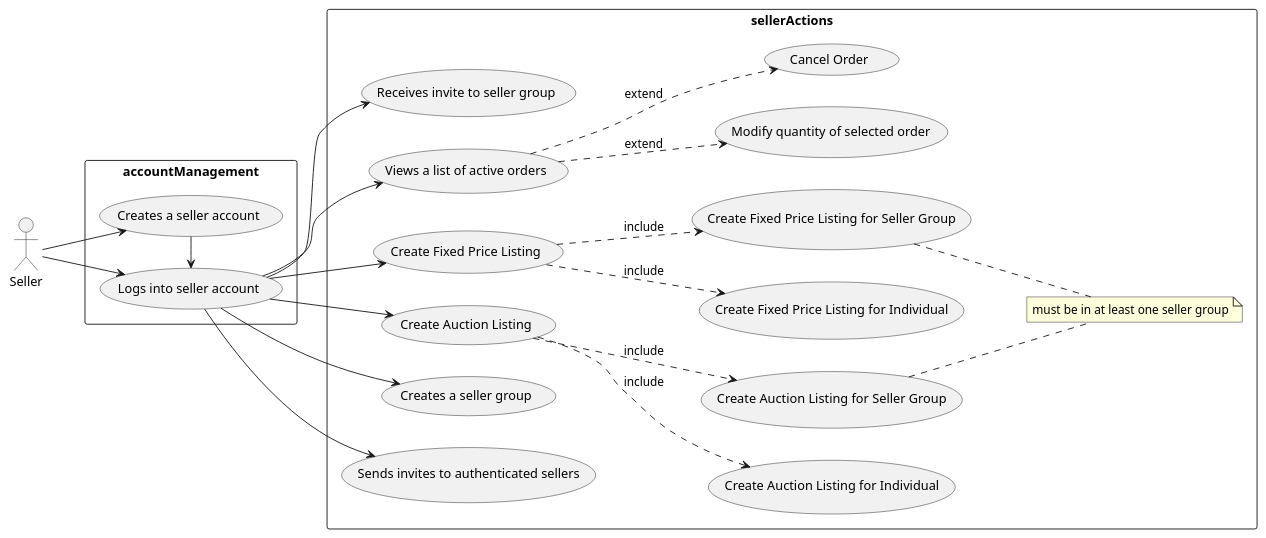
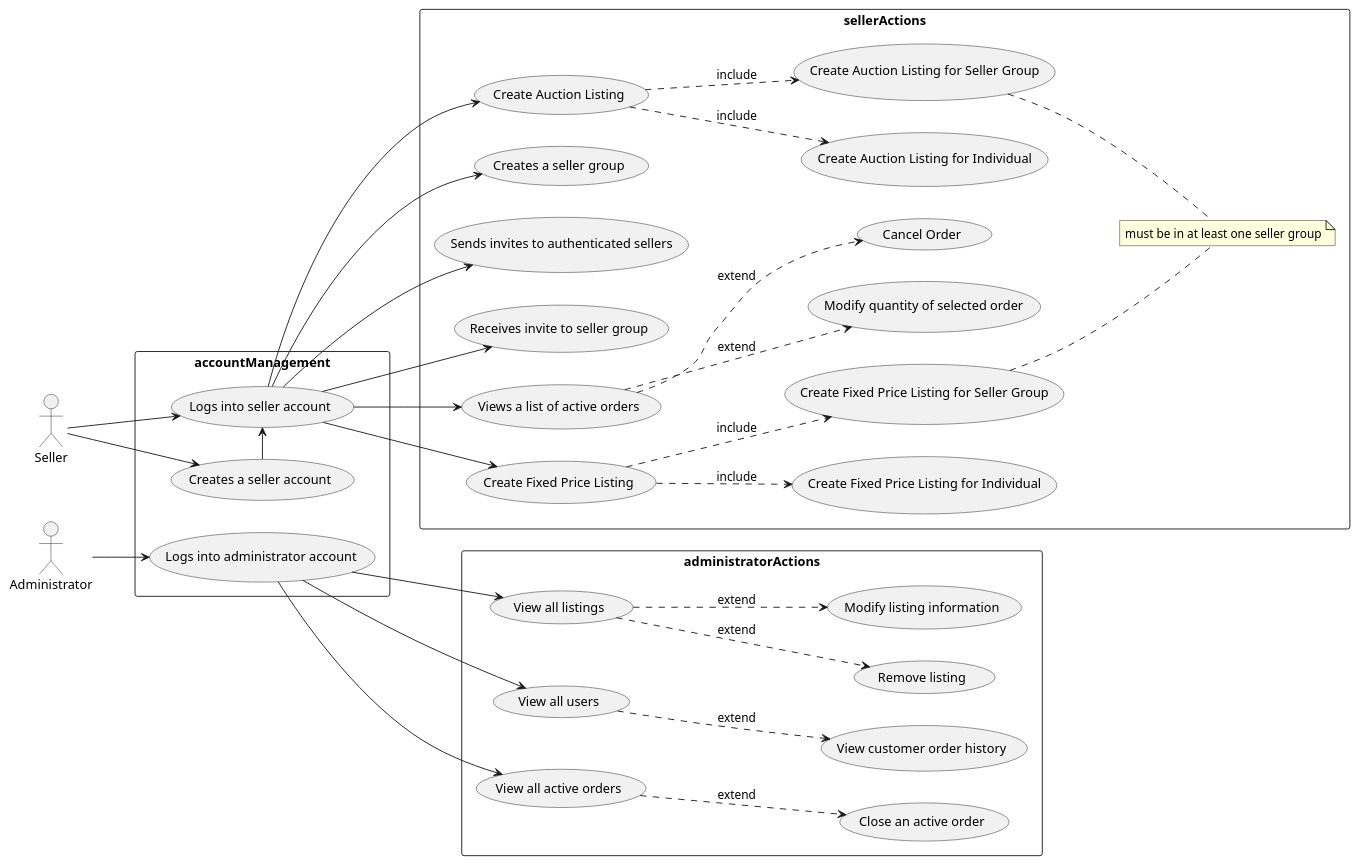
One commit to SWEN900072022/TeamZeroMarketPlaceBackEnd changed the diagram in docs/part1/usecase.plantuml. Above: the diagram before and after it, drawn with PlantUML.

Commit message:
Added administrator use case diagrams

```diff
--- a/docs/part1/usecase.plantuml
+++ b/docs/part1/usecase.plantuml
@@ -1,36 +1,48 @@
 @startuml
 skinparam packageStyle rectangle
 left to right direction
 actor Seller
+actor Administrator
 rectangle accountManagement {
 Seller --> (Logs into seller account)
 Seller -> (Creates a seller account)
+Administrator --> (Logs into administrator account)
 (Creates a seller account) -> (Logs into seller account)
 }
 
 rectangle sellerActions {
 note "must be in at least one seller group" as N1
 
 (Logs into seller account) -->(Create Fixed Price Listing)
 (Create Fixed Price Listing) -.> (Create Fixed Price Listing for Individual):include
 (Create Fixed Price Listing) -.> (Create Fixed Price Listing for Seller Group):include
 (Create Fixed Price Listing for Seller Group) .. (N1)
 
 (Logs into seller account) --> (Create Auction Listing)
 (Create Auction Listing) -.> (Create Auction Listing for Individual):include
 
 (Create Auction Listing) -.> (Create Auction Listing for Seller Group): include
 (Create Auction Listing for Seller Group) .. (N1)
 
 (Logs into seller account) --> (Creates a seller group)
 (Logs into seller account) --> (Sends invites to authenticated sellers)
 (Logs into seller account) -> (Receives invite to seller group)
 (Logs into seller account) -> (Views a list of active orders)
 (Views a list of active orders) -.> (Modify quantity of selected order):extend
 (Views a list of active orders) -.> (Cancel Order):extend
 
 
 
 }
 
+rectangle administratorActions {
+    (Logs into administrator account) --> (View all listings)
+    (Logs into administrator account) --> (View all users)
+    (Logs into administrator account) --> (View all active orders)
+    (View all active orders) -.> (Close an active order):extend
+    (View all users) -.> (View customer order history):extend
+    (View all listings) -.> (Remove listing):extend
+    (View all listings) -.> (Modify listing information):extend
+}
+
 @enduml
```
